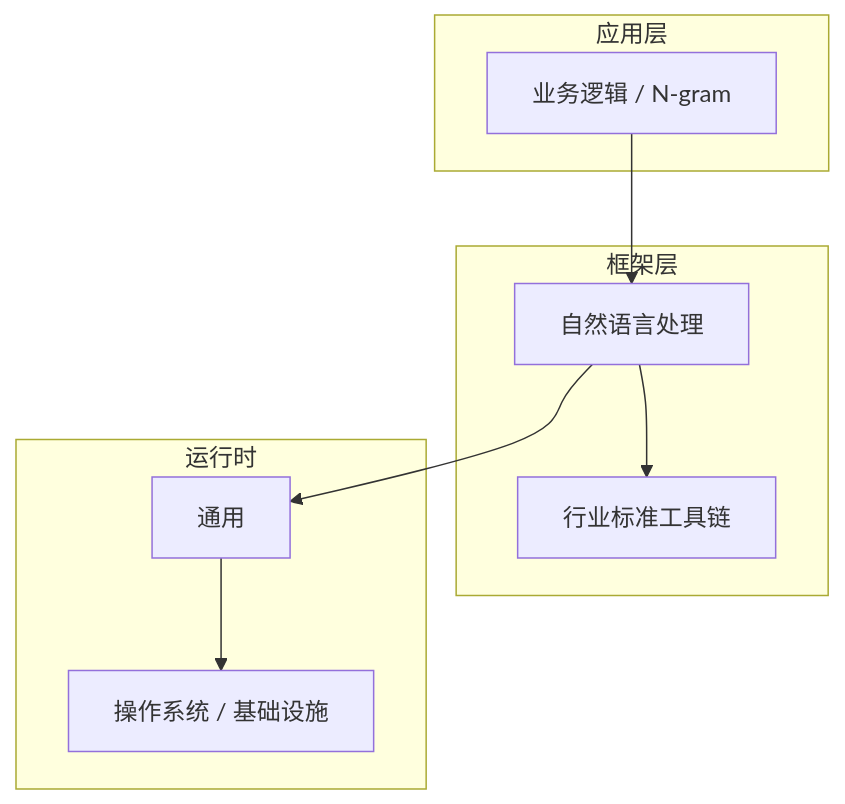
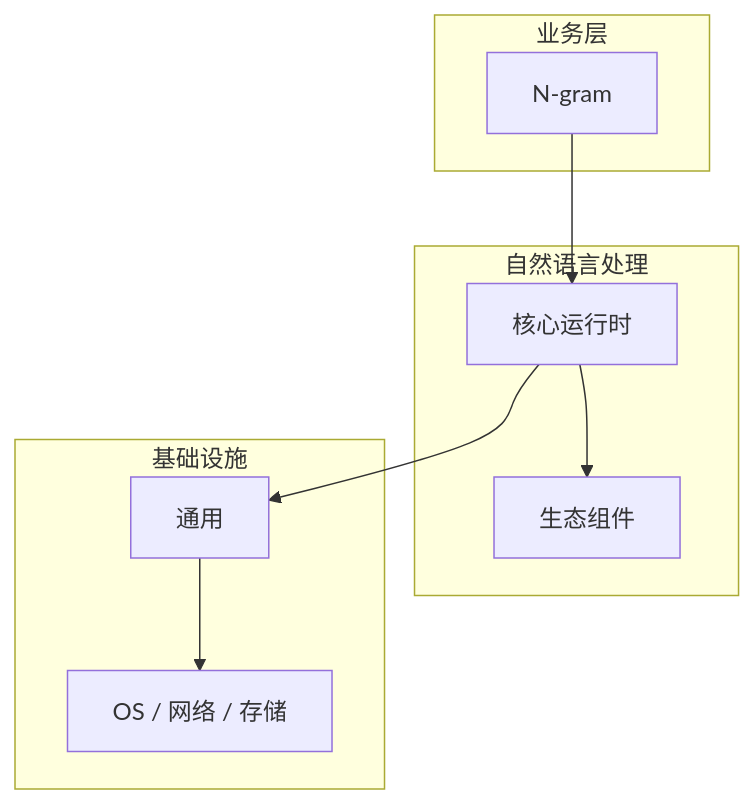
Before and after one commit to yanggan2015/knowledge-json-v2: the diagram in articles/自然语言处理/chapters/041-N-gram核心概念与原理.md, drawn with Mermaid. The commit also changed other lines of this file and 10127 other files, not shown here.

````diff
--- a/articles/自然语言处理/chapters/041-N-gram核心概念与原理.md
+++ b/articles/自然语言处理/chapters/041-N-gram核心概念与原理.md
@@ -45,18 +30,18 @@
 ```mermaid
 graph TB
-    subgraph 应用层
-        A[业务逻辑 / N-gram]
+    subgraph 业务层
+        A[N-gram]
     end
-    subgraph 框架层
-        B[自然语言处理]
-        C[行业标准工具链]
+    subgraph 自然语言处理
+        B[核心运行时]
+        C[生态组件]
     end
-    subgraph 运行时
+    subgraph 基础设施
         D[通用]
-        E[操作系统 / 基础设施]
+        E[OS / 网络 / 存储]
     end
     A --> B
     B --> C
     B --> D
     D --> E
 ```
````
